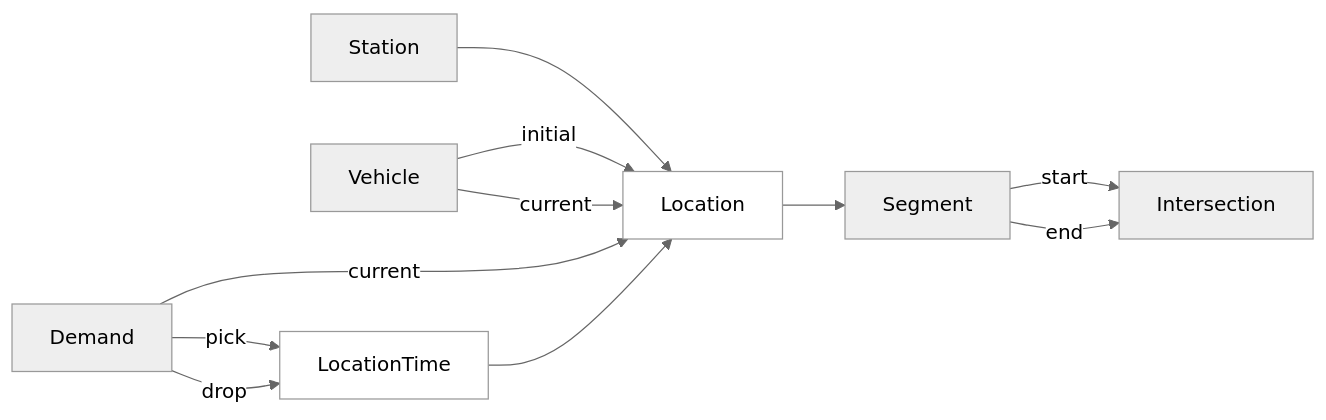
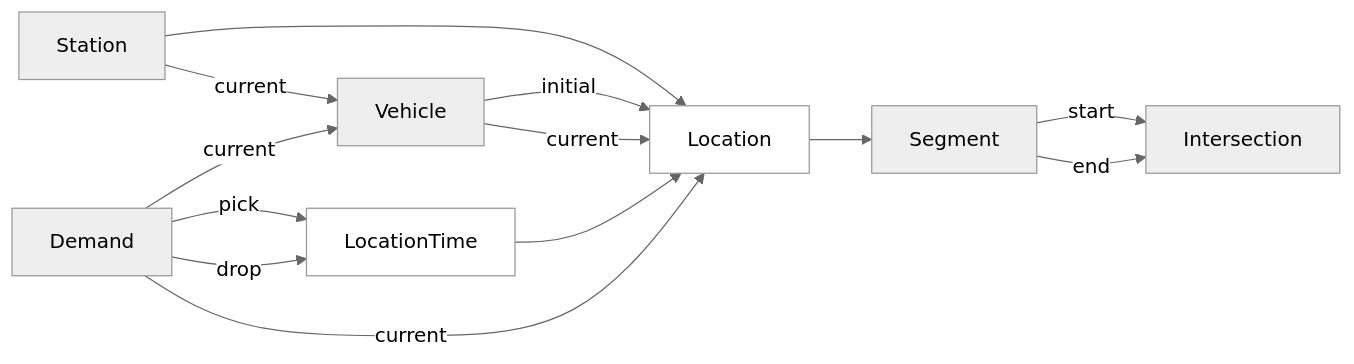
Before and after one commit to ghackenberg/Transport-IDE: the first of 2 diagrams in README.md, drawn with Mermaid (neutral theme).

Commit message:
add missing links to concept diagram

````diff
--- a/README.md
+++ b/README.md
@@ -45,16 +45,18 @@
 ```mermaid
 flowchart LR
   Station --> Location
+  Station --current--> Vehicle
   Vehicle --initial--> Location
   Vehicle --current--> Location
+  LocationTime --> Location
+  Demand --current--> Vehicle
   Demand --pick--> LocationTime
   Demand --drop--> LocationTime
   Demand --current--> Location
-  LocationTime --> Location
   Location --> Segment
   Segment --start--> Intersection
   Segment --end--> Intersection
 
   style Location fill:white
   style LocationTime fill:white
 ```
````
